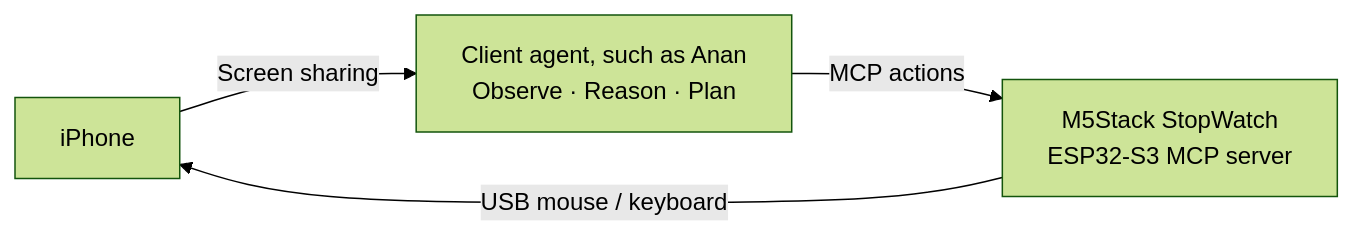
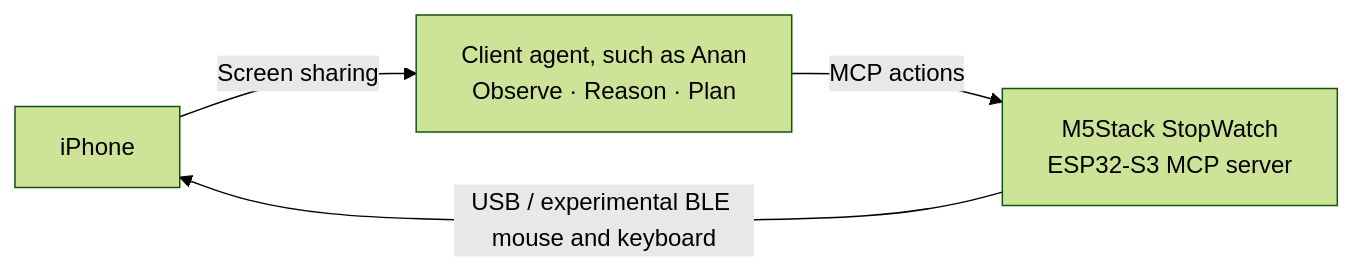
One commit to ananhq/anan-iphone-use changed the diagram in README.md. Above: the diagram before and after it, drawn with Mermaid (forest theme). The commit also changed other lines of this file and 103 other files, not shown here.

````diff
--- a/README.md
+++ b/README.md
@@ -52,6 +56,6 @@
 ```mermaid
 flowchart LR
     Phone["iPhone"] -->|"Screen sharing"| Agent["Client agent, such as Anan<br/>Observe · Reason · Plan"]
     Agent -->|"MCP actions"| Device["M5Stack StopWatch<br/>ESP32-S3 MCP server"]
-    Device -->|"USB mouse / keyboard"| Phone
+    Device -->|"USB / experimental BLE mouse and keyboard"| Phone
 ```
````
